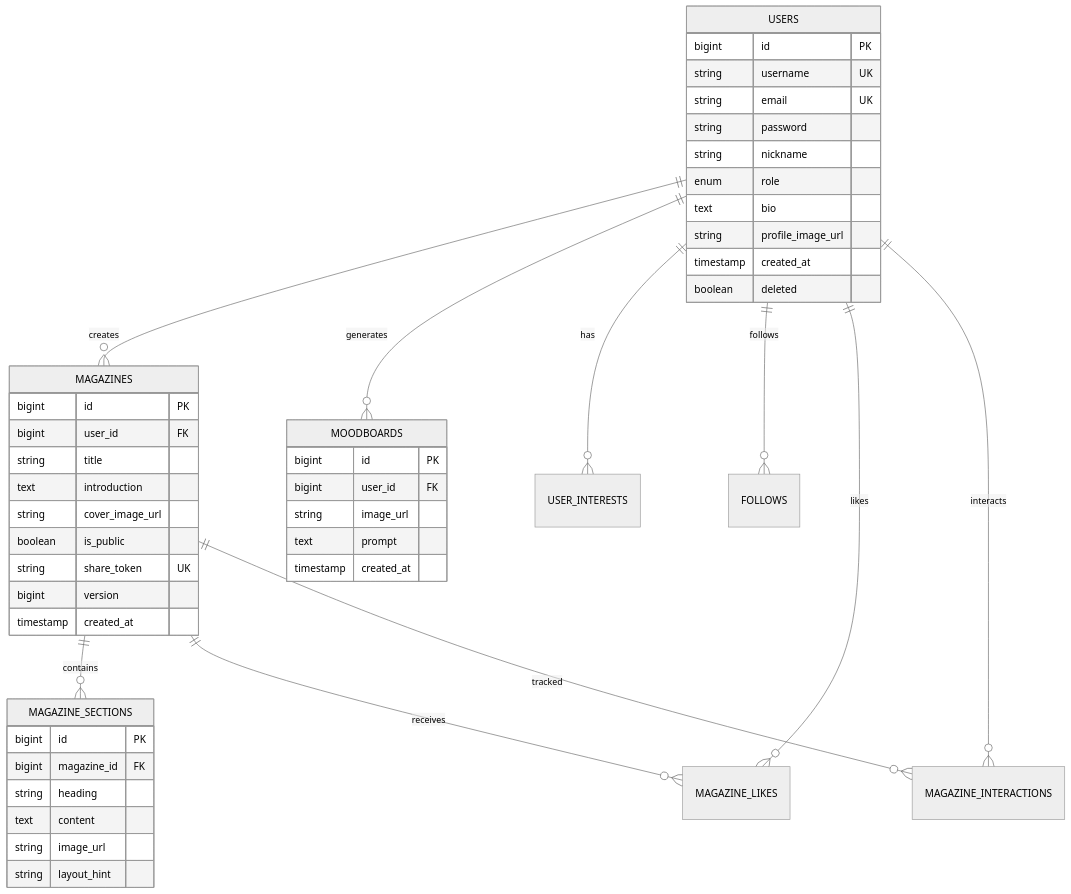
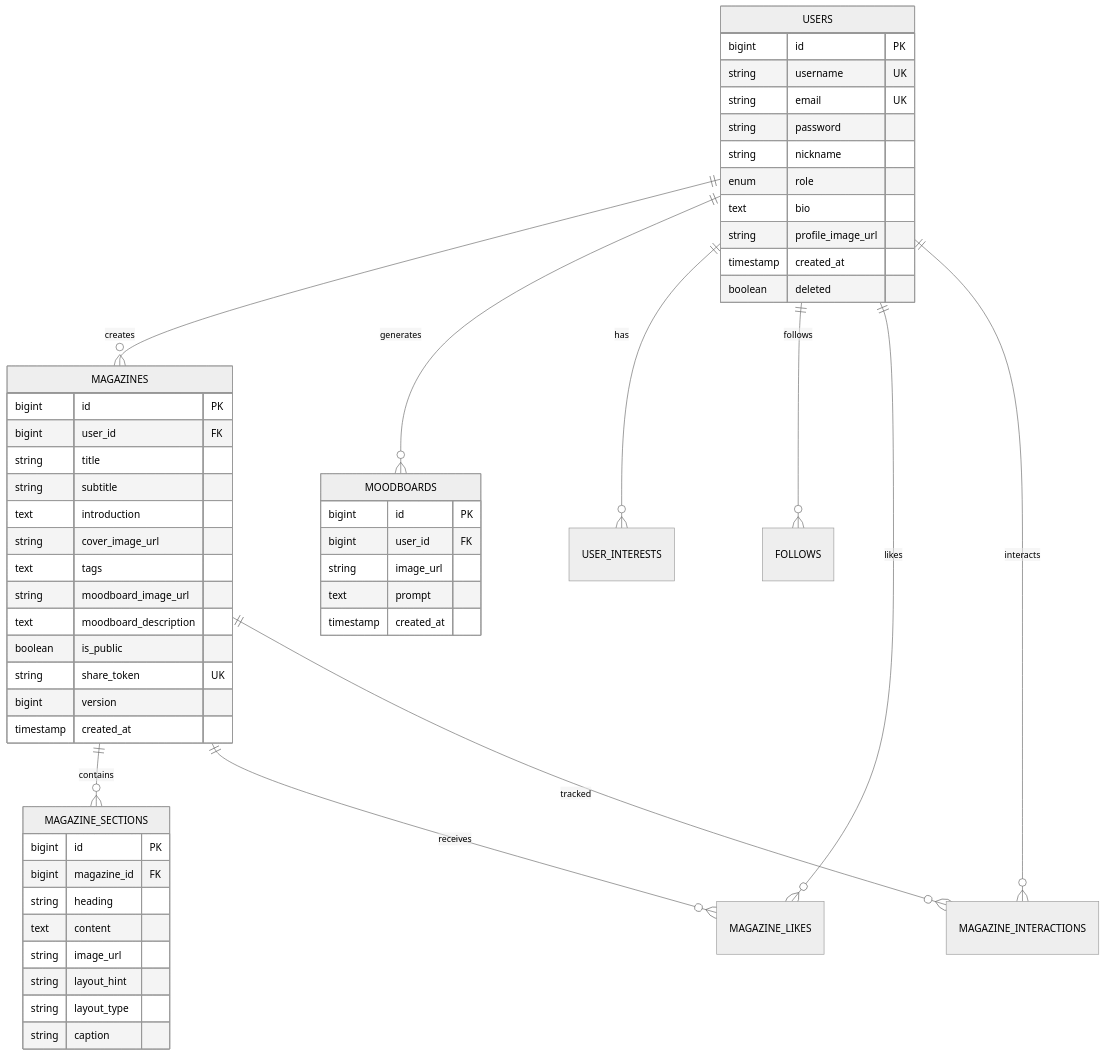
One commit to Jangjimin9766/Mine_server changed the second of 2 diagrams in README.md. Above: the diagram before and after it, drawn with Mermaid (neutral theme). The commit also changed other lines of this file and 17 other files, not shown here.

````diff
--- a/README.md
+++ b/README.md
@@ -383,54 +389,60 @@
 ```mermaid
 erDiagram
     USERS ||--o{ MAGAZINES : creates
     USERS ||--o{ MOODBOARDS : generates
     USERS ||--o{ USER_INTERESTS : has
     USERS ||--o{ FOLLOWS : follows
     USERS ||--o{ MAGAZINE_LIKES : likes
     USERS ||--o{ MAGAZINE_INTERACTIONS : interacts
     MAGAZINES ||--o{ MAGAZINE_SECTIONS : contains
     MAGAZINES ||--o{ MAGAZINE_LIKES : receives
     MAGAZINES ||--o{ MAGAZINE_INTERACTIONS : tracked
     
     USERS {
         bigint id PK
         string username UK
         string email UK
         string password
         string nickname
         enum role
         text bio
         string profile_image_url
         timestamp created_at
         boolean deleted
     }
     
     MAGAZINES {
         bigint id PK
         bigint user_id FK
         string title
+        string subtitle
         text introduction
         string cover_image_url
+        text tags
+        string moodboard_image_url
+        text moodboard_description
         boolean is_public
         string share_token UK
         bigint version
         timestamp created_at
     }
     
     MAGAZINE_SECTIONS {
         bigint id PK
         bigint magazine_id FK
         string heading
         text content
         string image_url
         string layout_hint
+        string layout_type
+        string caption
     }
     
     MOODBOARDS {
         bigint id PK
         bigint user_id FK
         string image_url
         text prompt
         timestamp created_at
     }
 ```
````
